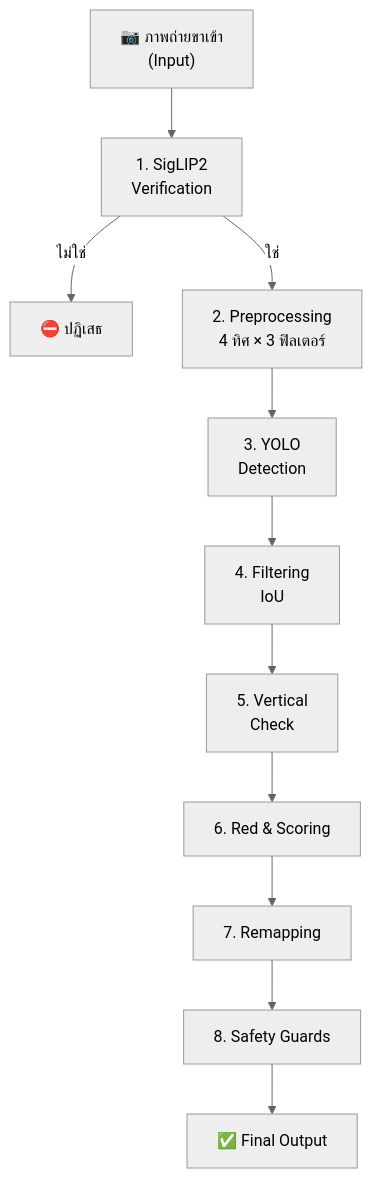
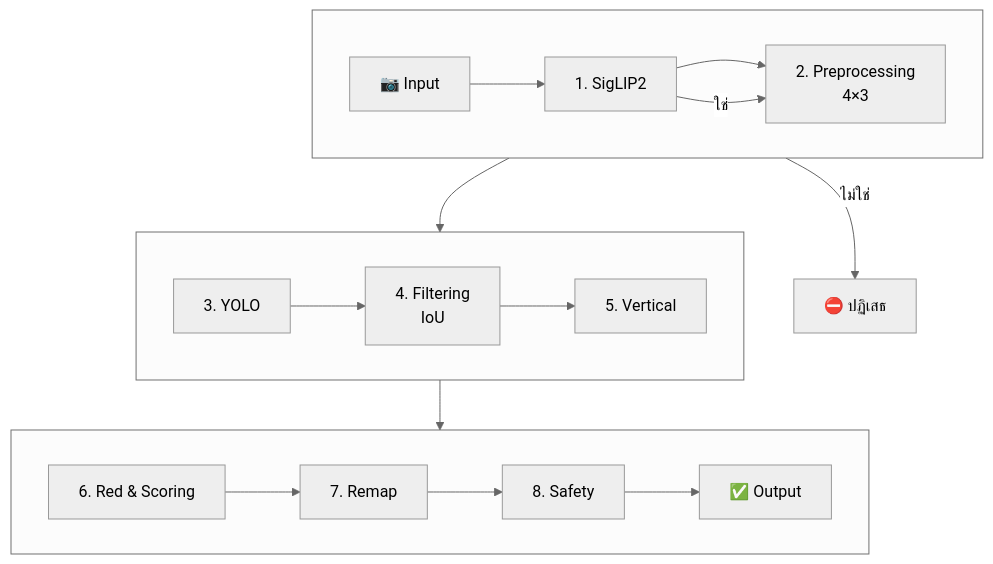
The first of 4 diagrams in TUTORIAL.md (jirathxz/meter-reader), drawn with Mermaid (neutral theme) before and after one commit. The commit also changed 1 other file, not shown here.

Commit message:
docs: Pipeline not long line — 4:3 compact 3-row layout for A4
- Change mermaid from single chain to 3 subgraphs (Row1: Input->SigLIP2->Preprocessing, Row2: YOLO->Filtering->Vertical, Row3: Red->Remap->Safety->Output) with B->B1 branch, not long vertical/horizontal
- Keep 4:3 for A4, fallback text unchanged

````diff
--- a/TUTORIAL.md
+++ b/TUTORIAL.md
@@ -92,14 +92,20 @@
 ```mermaid
-%% 4:3 for A4 — 3 rows, compact for Word
+%% 4:3 compact — not long line, 3 rows for A4
 flowchart TD
-    A["📷 ภาพถ่ายขาเข้า<br/>(Input)"] --> B["1. SigLIP2<br/>Verification"]
+    subgraph Row1 [ ]
+        direction LR
+        A["📷 Input"] --> B["1. SigLIP2"] --> C["2. Preprocessing<br/>4×3"]
+    end
+    subgraph Row2 [ ]
+        direction LR
+        D["3. YOLO"] --> E["4. Filtering<br/>IoU"] --> F["5. Vertical"]
+    end
+    subgraph Row3 [ ]
+        direction LR
+        G["6. Red & Scoring"] --> H["7. Remap"] --> I["8. Safety"] --> J["✅ Output"]
+    end
     B -->|"ไม่ใช่"| B1["⛔ ปฏิเสธ"]
-    B -->|"ใช่"| C["2. Preprocessing<br/>4 ทิศ × 3 ฟิลเตอร์"]
-    C --> D["3. YOLO<br/>Detection"]
-    D --> E["4. Filtering<br/>IoU"]
-    E --> F["5. Vertical<br/>Check"]
-    F --> G["6. Red & Scoring"]
-    G --> H["7. Remapping"]
-    H --> I["8. Safety Guards"]
-    I --> J["✅ Final Output"]
+    B -->|"ใช่"| C
+    C --> D
+    F --> G
 ```
````
